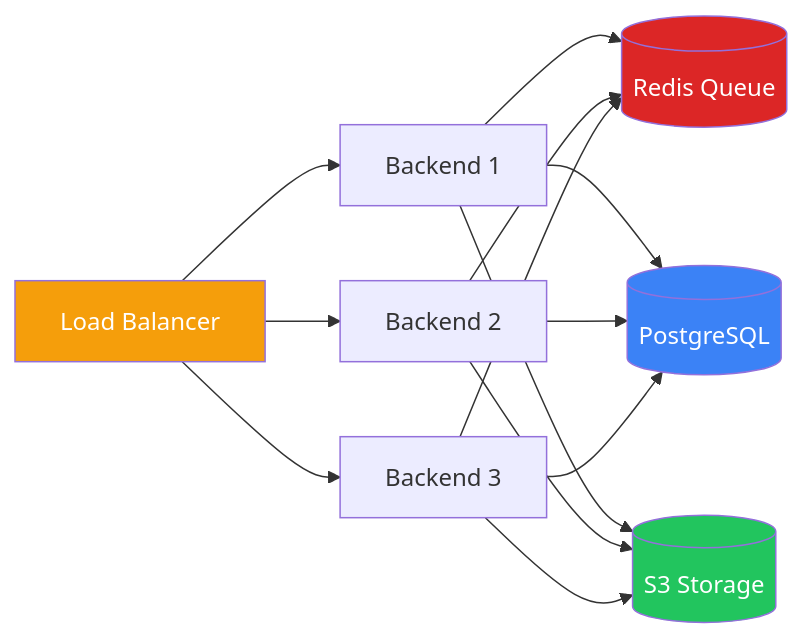
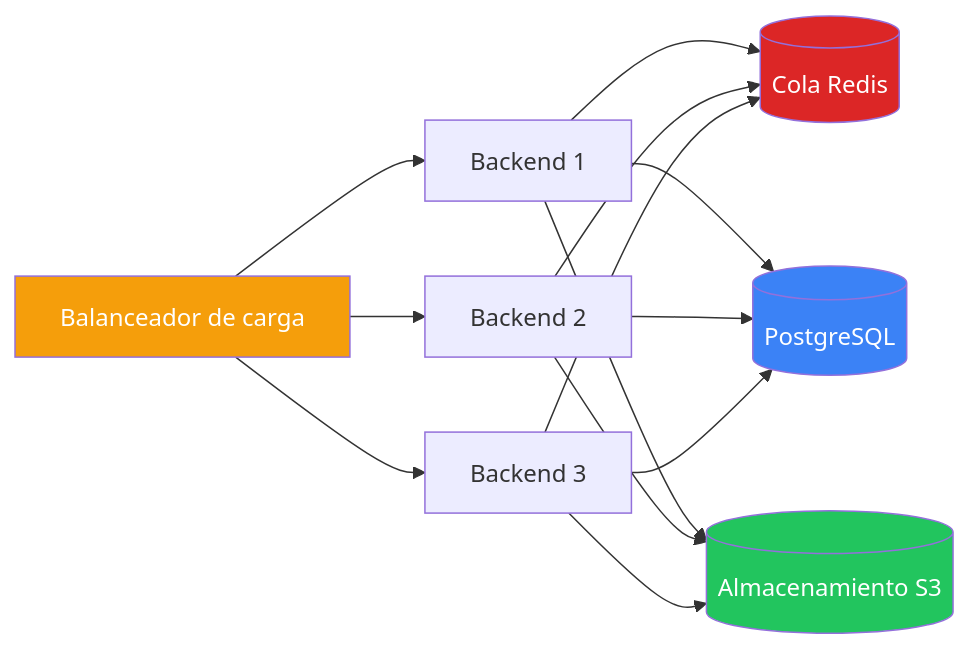
One commit to duckling-ui/duckling changed the diagram in docs/es/deployment/scaling.md. Above: the diagram before and after it, drawn with Mermaid. The commit also changed other lines of this file and 133 other files, not shown here.

````diff
--- a/docs/es/deployment/scaling.md
+++ b/docs/es/deployment/scaling.md
@@ -7,25 +7,25 @@
 ```mermaid
 graph LR
-    LB[Load Balancer]
+    LB[Balanceador de carga]
 
     LB --> B1[Backend 1]
     LB --> B2[Backend 2]
     LB --> B3[Backend 3]
 
-    B1 --> Redis[(Redis Queue)]
+    B1 --> Redis[(Cola Redis)]
     B2 --> Redis
     B3 --> Redis
 
     B1 --> PG[(PostgreSQL)]
     B2 --> PG
     B3 --> PG
 
-    B1 --> S3[(S3 Storage)]
+    B1 --> S3[(Almacenamiento S3)]
     B2 --> S3
     B3 --> S3
 
     style LB fill:#f59e0b,color:#fff
     style Redis fill:#dc2626,color:#fff
     style PG fill:#3b82f6,color:#fff
     style S3 fill:#22c55e,color:#fff
 ```
````
